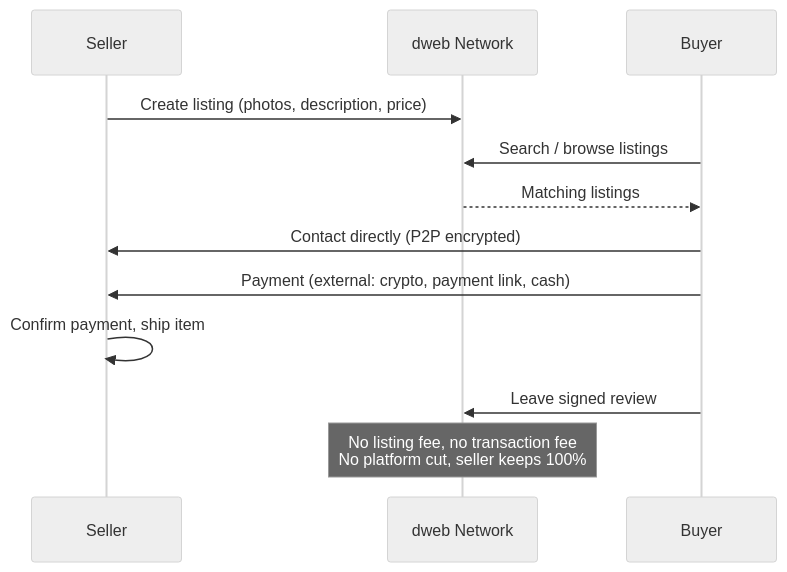
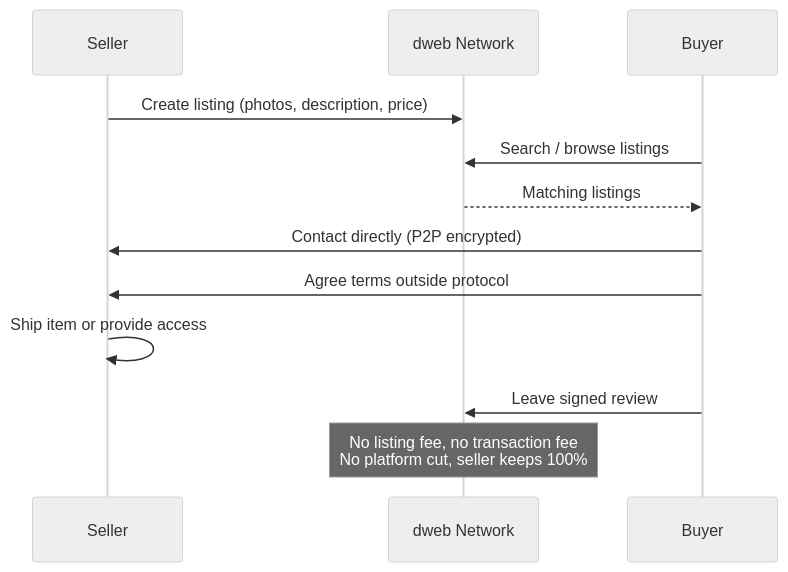
The sixth of 8 diagrams in docs/10-example-apps.md (alexanderwanyoike/jolt), drawn with Mermaid (neutral theme) before and after one commit. The commit also changed other lines of this file and 9 other files, not shown here.

````diff
--- a/docs/10-example-apps.md
+++ b/docs/10-example-apps.md
@@ -178,16 +178,16 @@
 ```mermaid
 sequenceDiagram
     participant Seller
     participant Net as dweb Network
     participant Buyer
 
     Seller->>Net: Create listing (photos, description, price)
     Buyer->>Net: Search / browse listings
     Net-->>Buyer: Matching listings
     Buyer->>Seller: Contact directly (P2P encrypted)
-    Buyer->>Seller: Payment (external: crypto, payment link, cash)
-    Seller->>Seller: Confirm payment, ship item
+    Buyer->>Seller: Agree terms outside protocol
+    Seller->>Seller: Ship item or provide access
     Buyer->>Net: Leave signed review
 
     Note over Net: No listing fee, no transaction fee<br/>No platform cut, seller keeps 100%
 ```
````
